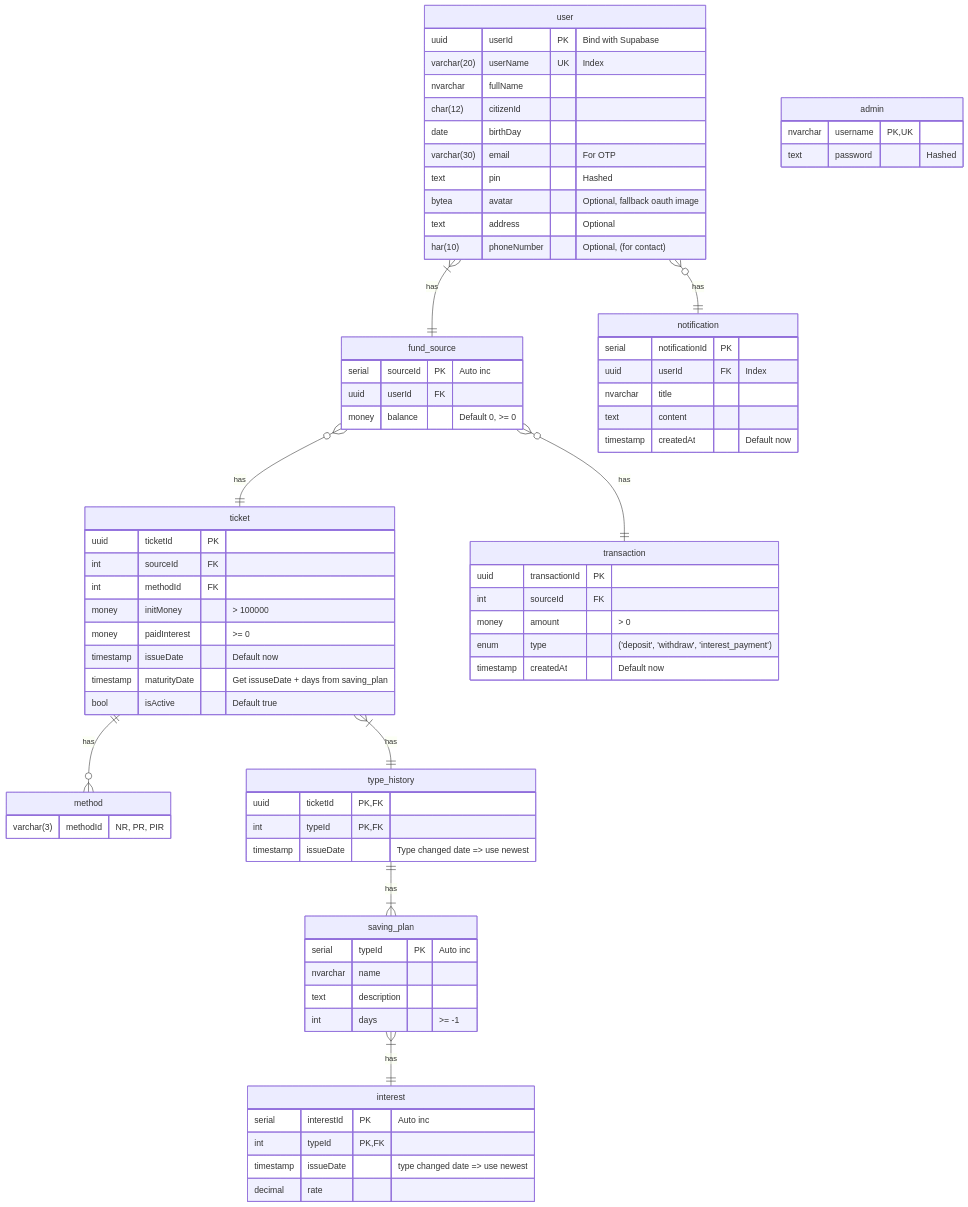
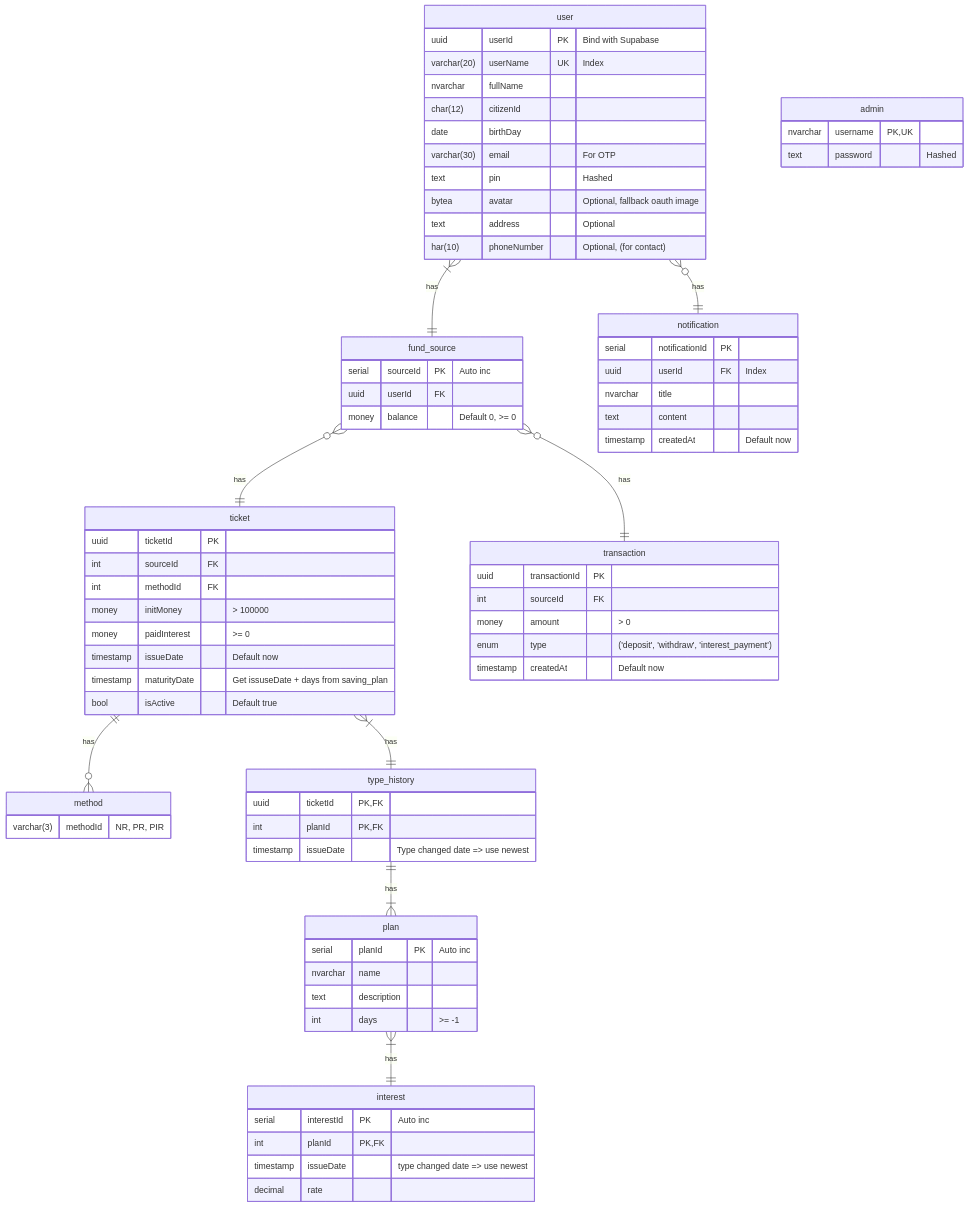
One commit to coinhub-uit/.github changed the first of 2 diagrams in profile/README.md. Above: the diagram before and after it, drawn with Mermaid.

Commit message:
chore(save): pgsql is more strict, increase the hackiness up to 11

````diff
--- a/profile/README.md
+++ b/profile/README.md
@@ -51,7 +51,7 @@
   interest {
     serial interestId PK "Auto inc"
     %% what PK too?
-    int typeId PK,FK
+    int planId PK,FK
     %% why modify?
     timestamp issueDate "type changed date => use newest"
     decimal rate
@@ -69,15 +69,15 @@
     bool isActive "Default true"
   }
 
-  type_history{
+  type_history {
     uuid ticketId PK,FK
-    int typeId PK,FK
+    int planId PK,FK
     %% TODO: Like above
     timestamp issueDate "Type changed date => use newest"
   }
 
-  saving_plan{
-    serial typeId PK "Auto inc"
+  plan {
+    serial planId PK "Auto inc"
     nvarchar name
     text description
     int days ">= -1"
@@ -110,6 +110,6 @@
   fund_source }o--|| ticket : has
   ticket ||--o{ method : has
   ticket }|--|| type_history : has
-  type_history ||--|{ saving_plan : has
-  saving_plan }|--|| interest : has
+  type_history ||--|{ plan : has
+  plan }|--|| interest : has
 ```
````
